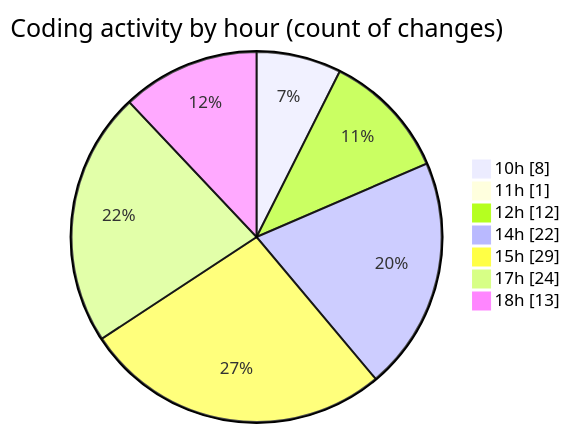
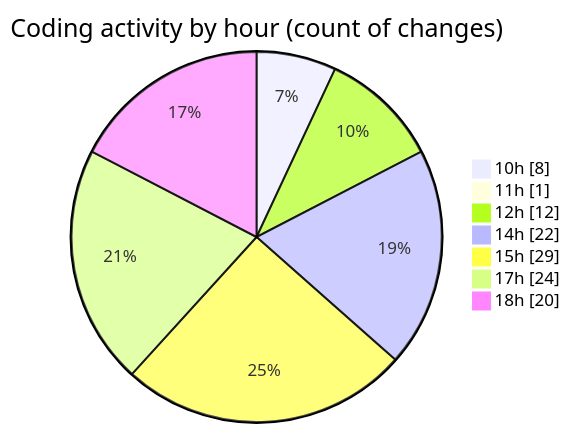
Before and after one commit to momahboobian/code-tracking: the second of 2 diagrams in 2025-07-31/cda/README.md, drawn with Mermaid. The commit also changed other lines of this file and 1 other file, not shown here.

````diff
--- a/2025-07-31/cda/README.md
+++ b/2025-07-31/cda/README.md
@@ -38,11 +39,11 @@
 ```mermaid
 pie showData
 title Coding activity by hour (count of changes)
 "10h" : 8
 "11h" : 1
 "12h" : 12
 "14h" : 22
 "15h" : 29
 "17h" : 24
-"18h" : 13
+"18h" : 20
 ```
````
